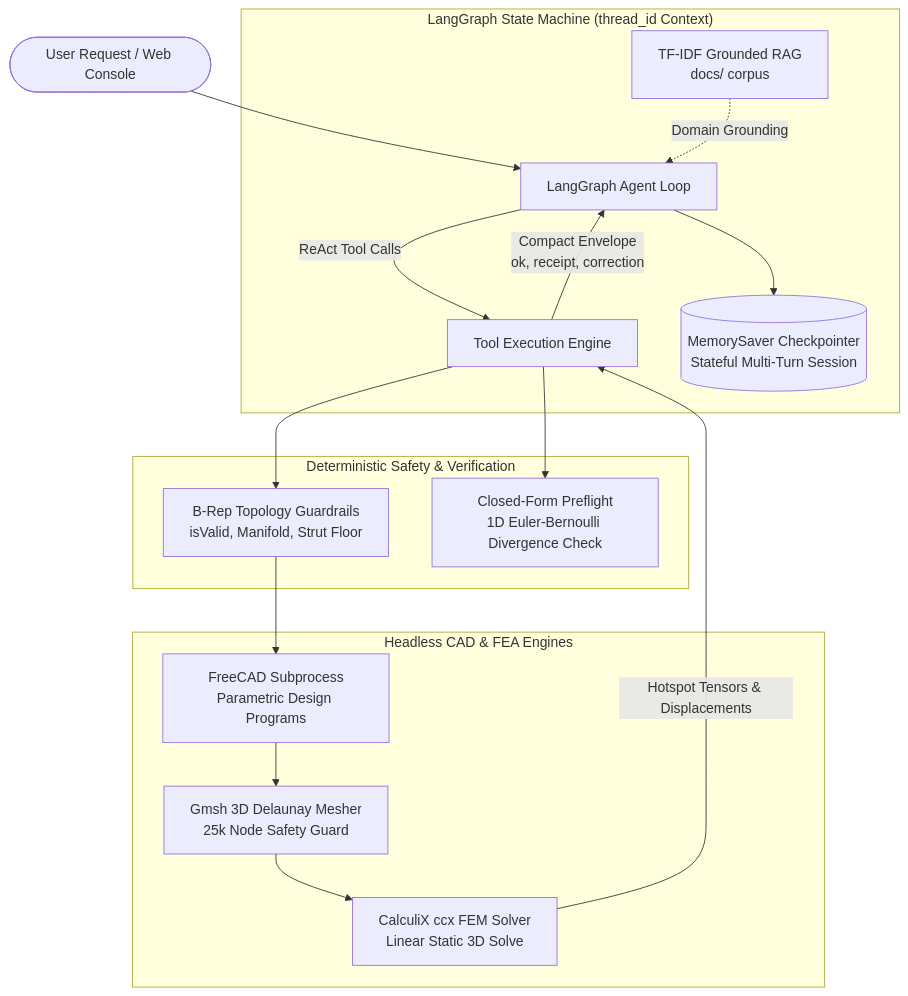
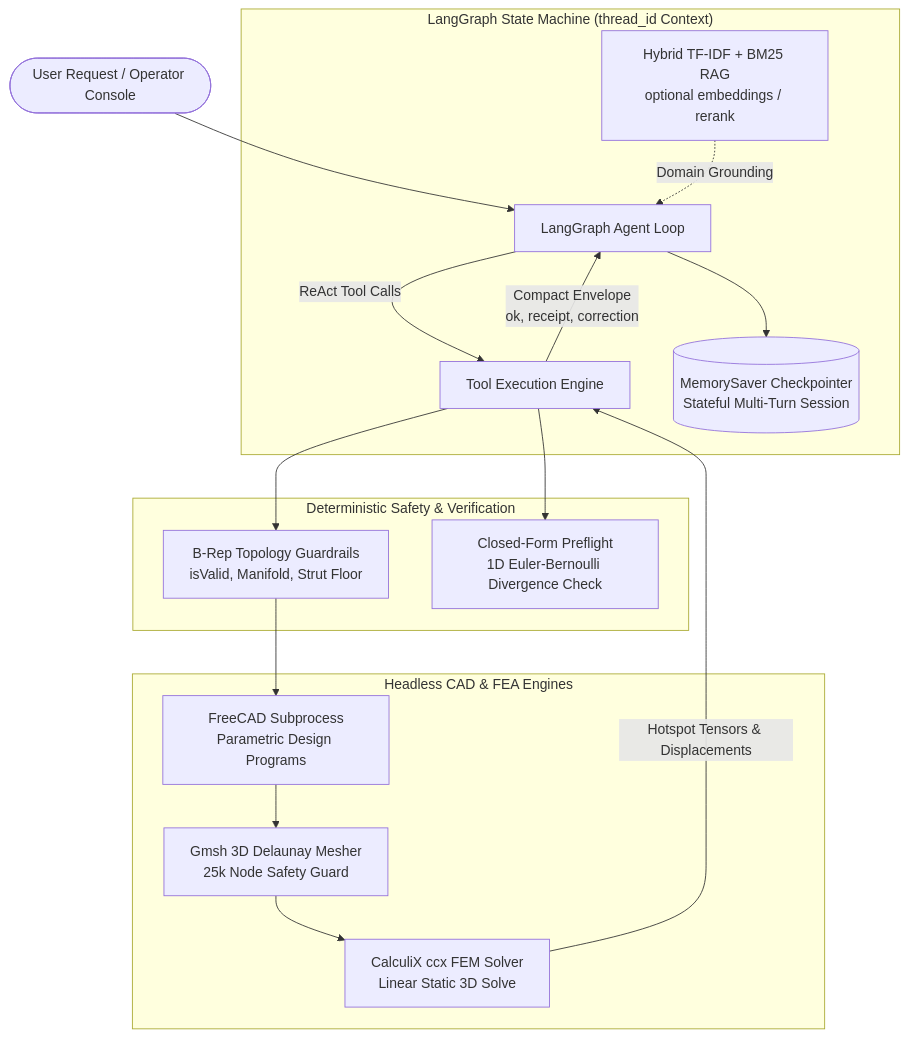
One commit to rahulkeswani13/cad-fea-companion changed the diagram in README.md. Above: the diagram before and after it, drawn with Mermaid. The commit also changed other lines of this file and 6 other files, not shown here.

````diff
--- a/README.md
+++ b/README.md
@@ -22,29 +28,29 @@
 ```mermaid
 flowchart TD
-    User([User Request / Web Console]) --> Agent[LangGraph Agent Loop]
-    
+    User([User Request / Operator Console]) --> Agent[LangGraph Agent Loop]
+
     subgraph Orchestration ["LangGraph State Machine (thread_id Context)"]
-        RAG[TF-IDF Grounded RAG<br/>docs/ corpus] -.->|Domain Grounding| Agent
+        RAG[Hybrid TF-IDF + BM25 RAG<br/>optional embeddings / rerank] -.->|Domain Grounding| Agent
         Agent -->|ReAct Tool Calls| ToolEngine[Tool Execution Engine]
         ToolEngine -->|Compact Envelope<br/>ok, receipt, correction| Agent
         Agent --> Memory[(MemorySaver Checkpointer<br/>Stateful Multi-Turn Session)]
     end
 
     subgraph Verification ["Deterministic Safety & Verification"]
         Guardrails[B-Rep Topology Guardrails<br/>isValid, Manifold, Strut Floor]
         Sanity[Closed-Form Preflight<br/>1D Euler-Bernoulli Divergence Check]
     end
 
     subgraph Solvers ["Headless CAD & FEA Engines"]
         FreeCAD[FreeCAD Subprocess<br/>Parametric Design Programs]
         Gmsh[Gmsh 3D Delaunay Mesher<br/>25k Node Safety Guard]
         CalculiX[CalculiX ccx FEM Solver<br/>Linear Static 3D Solve]
     end
 
     ToolEngine --> Guardrails
     ToolEngine --> Sanity
     Guardrails --> FreeCAD
     FreeCAD --> Gmsh
     Gmsh --> CalculiX
     CalculiX -->|Hotspot Tensors & Displacements| ToolEngine
 ```
````
